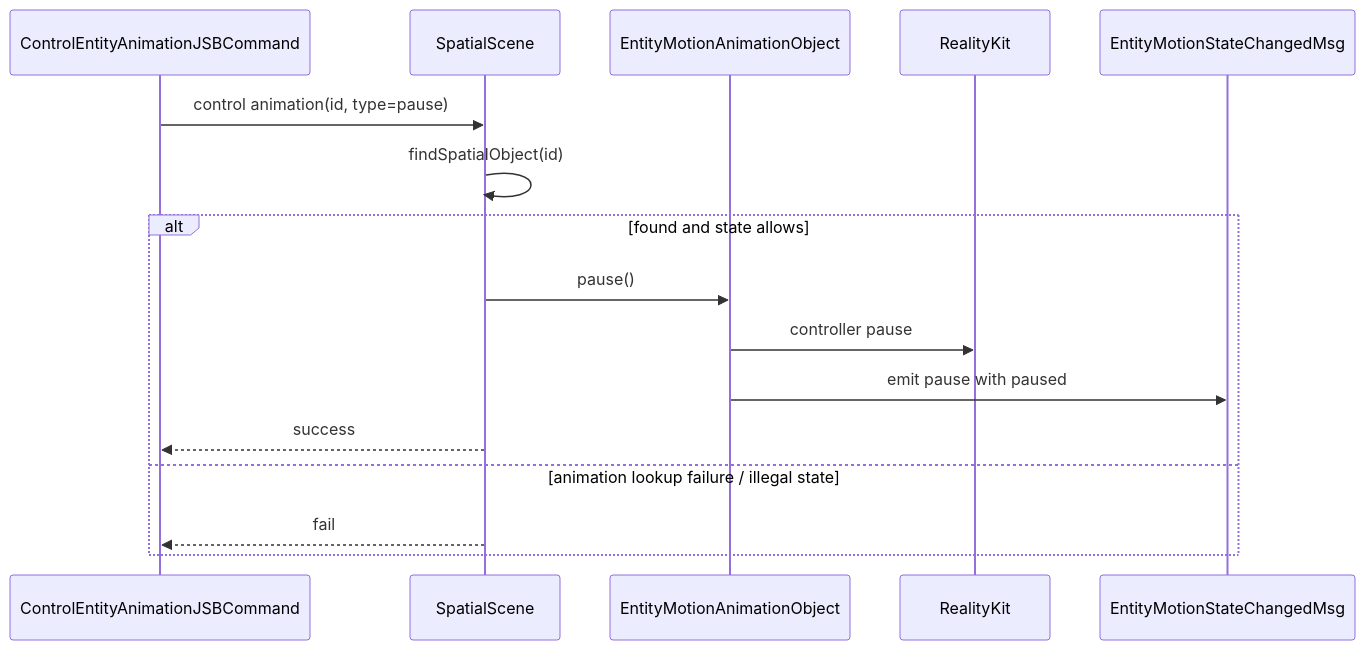
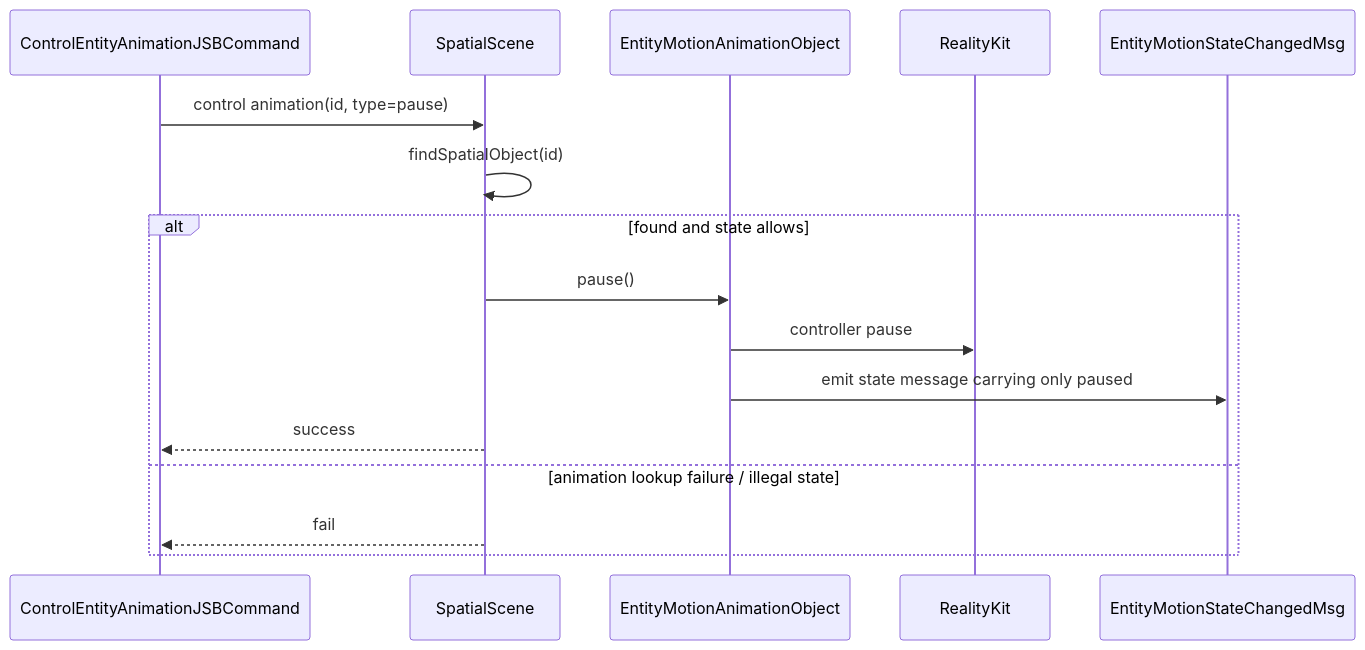
Before and after one commit to webspatial/webspatial-sdk: diagram 12 of 14 in openspec/changes/redesign-entity-motion-api/design.md, drawn with Mermaid. The commit also changed other lines of this file and 5 other files, not shown here.

````diff
--- a/openspec/changes/redesign-entity-motion-api/design.md
+++ b/openspec/changes/redesign-entity-motion-api/design.md
@@ -1279,19 +1281,19 @@
 ```mermaid
 sequenceDiagram
     participant JSB as ControlEntityAnimationJSBCommand
     participant Scene as SpatialScene
     participant Obj as EntityMotionAnimationObject
     participant RK as RealityKit
     participant Event as EntityMotionStateChangedMsg
 
     JSB->>Scene: control animation(id, type=pause)
     Scene->>Scene: findSpatialObject(id)
     alt found and state allows
         Scene->>Obj: pause()
         Obj->>RK: controller pause
-        Obj->>Event: emit pause with paused
+        Obj->>Event: emit state message carrying only paused
         Scene-->>JSB: success
     else animation lookup failure / illegal state
         Scene-->>JSB: fail
     end
 ```
````
